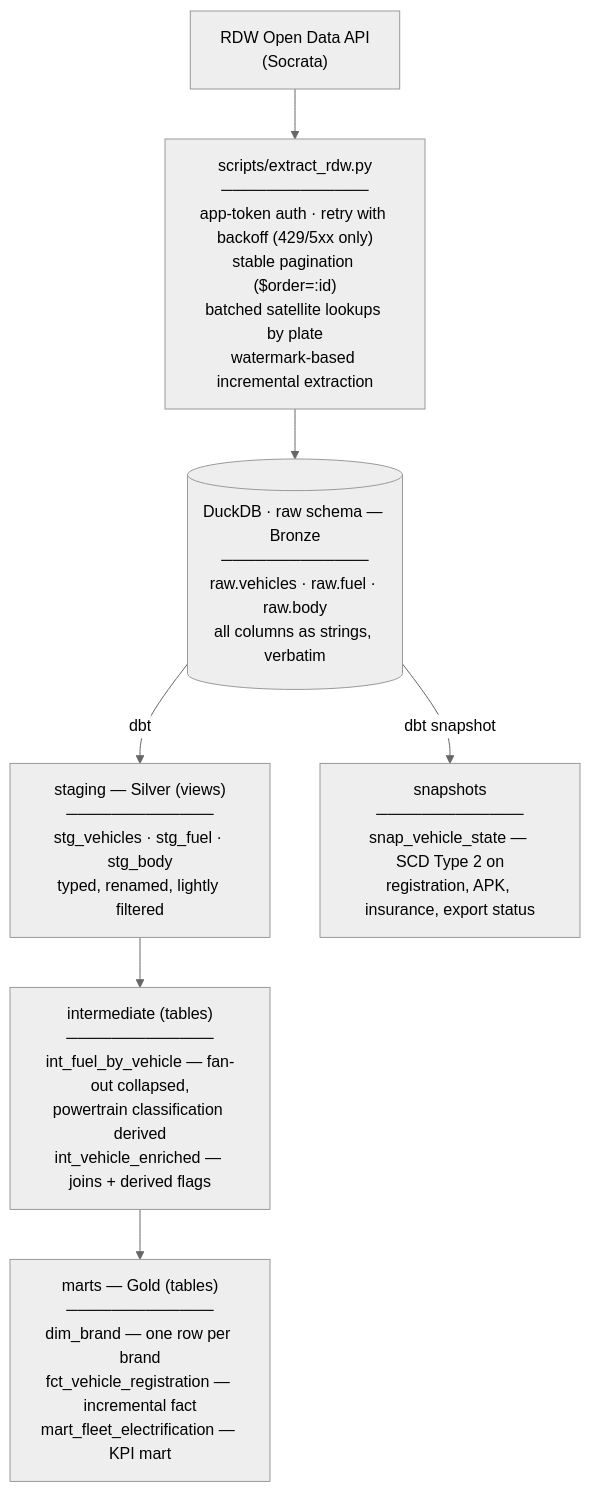
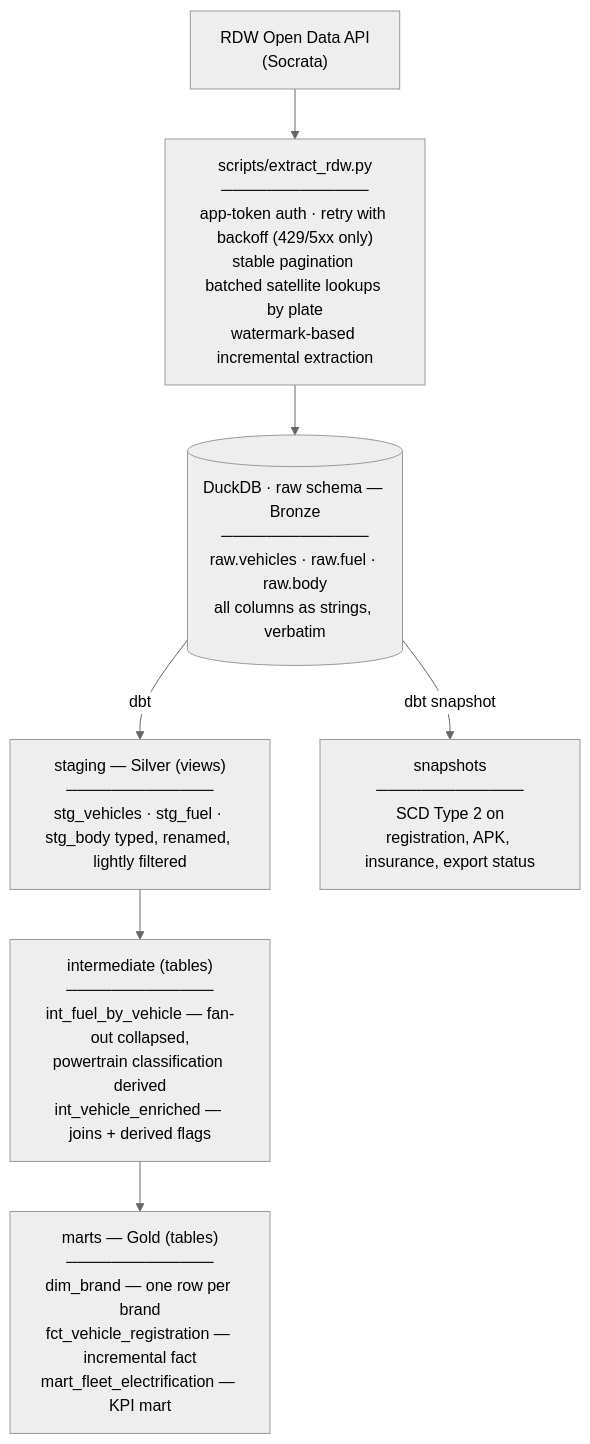
Before and after one commit to dandritsanos/rdw-fleet-analytics: the diagram in README.md, drawn with Mermaid (neutral theme). The commit also changed other lines of this file, not shown here.

````diff
--- a/README.md
+++ b/README.md
@@ -29,20 +29,20 @@
 ```mermaid
 flowchart TD
     API["RDW Open Data API<br/>(Socrata)"]
 
-    EXTRACT["scripts/extract_rdw.py<br/>─────────────<br/>app-token auth · retry with backoff (429/5xx only)<br/>stable pagination ($order=:id)<br/>batched satellite lookups by plate<br/>watermark-based incremental extraction"]
+    EXTRACT["scripts/extract_rdw.py<br/>─────────────<br/>app-token auth · retry with backoff (429/5xx only)<br/>stable pagination <br/>batched satellite lookups by plate<br/>watermark-based incremental extraction"]
 
     RAW[("DuckDB · raw schema — Bronze<br/>─────────────<br/>raw.vehicles · raw.fuel · raw.body<br/>all columns as strings, verbatim")]
 
-    STG["staging — Silver (views)<br/>─────────────<br/>stg_vehicles · stg_fuel · stg_body<br/>typed, renamed, lightly filtered"]
+    STG["staging — Silver (views)<br/>─────────────<br/>stg_vehicles · stg_fuel · stg_body typed, renamed, lightly filtered"]
 
     INT["intermediate (tables)<br/>─────────────<br/>int_fuel_by_vehicle — fan-out collapsed,<br/>powertrain classification derived<br/>int_vehicle_enriched — joins + derived flags"]
 
     MARTS["marts — Gold (tables)<br/>─────────────<br/>dim_brand — one row per brand<br/>fct_vehicle_registration — incremental fact<br/>mart_fleet_electrification — KPI mart"]
 
-    SNAP["snapshots<br/>─────────────<br/>snap_vehicle_state — SCD Type 2 on<br/>registration, APK, insurance, export status"]
+    SNAP["snapshots<br/>─────────────<br/> SCD Type 2 on registration, APK, insurance, export status"]
 
     API --> EXTRACT --> RAW
     RAW -->|dbt| STG --> INT --> MARTS
     RAW -->|dbt snapshot| SNAP
 ```
````
